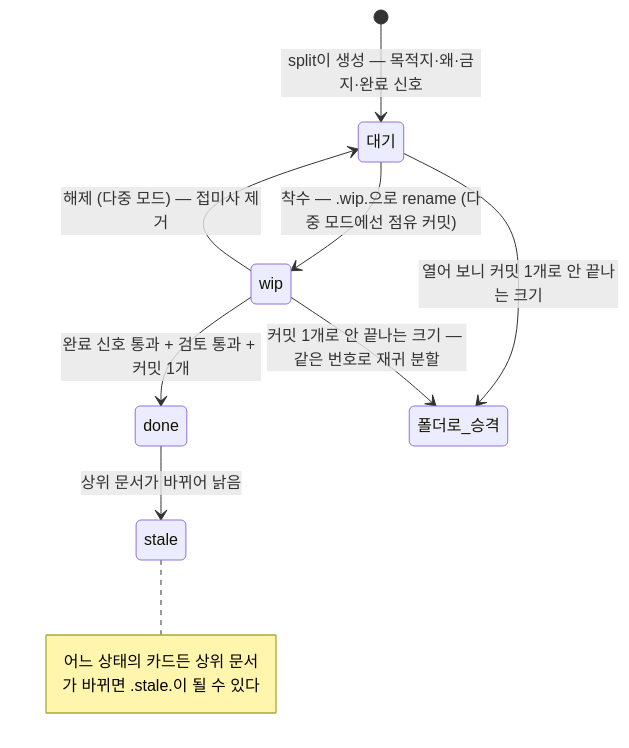
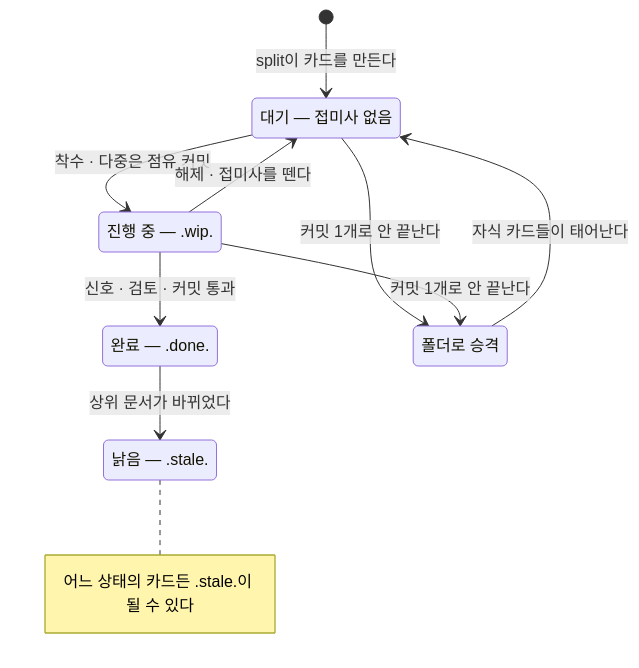
Before and after one commit to nanomia-ai/devflow: the second of 5 diagrams in README_ko.md, drawn with Mermaid. The commit also changed other lines of this file and 5 other files, not shown here.

````diff
--- a/README_ko.md
+++ b/README_ko.md
@@ -109,11 +101,17 @@
 ```mermaid
 stateDiagram-v2
-    [*] --> 대기: split이 생성 — 목적지·왜·금지·완료 신호
-    대기 --> wip: 착수 — .wip.으로 rename (다중 모드에선 점유 커밋)
-    wip --> 대기: 해제 (다중 모드) — 접미사 제거
-    wip --> done: 완료 신호 통과 + 검토 통과 + 커밋 1개
-    대기 --> 폴더로_승격: 열어 보니 커밋 1개로 안 끝나는 크기
-    wip --> 폴더로_승격: 커밋 1개로 안 끝나는 크기 — 같은 번호로 재귀 분할
-    done --> stale: 상위 문서가 바뀌어 낡음
-    note right of stale : 어느 상태의 카드든 상위 문서가 바뀌면 .stale.이 될 수 있다
+    state "대기 — 접미사 없음" as WAIT
+    state "진행 중 — .wip." as WIP
+    state "완료 — .done." as DONE
+    state "낡음 — .stale." as STALE
+    state "폴더로 승격" as FOLDER
+    [*] --> WAIT: split이 카드를 만든다
+    WAIT --> WIP: 착수 · 다중은 점유 커밋
+    WIP --> WAIT: 해제 · 접미사를 뗀다
+    WIP --> DONE: 신호 · 검토 · 커밋 통과
+    WAIT --> FOLDER: 커밋 1개로 안 끝난다
+    WIP --> FOLDER: 커밋 1개로 안 끝난다
+    FOLDER --> WAIT: 자식 카드들이 태어난다
+    DONE --> STALE: 상위 문서가 바뀌었다
+    note right of STALE : 어느 상태의 카드든 .stale.이 될 수 있다
 ```
````
